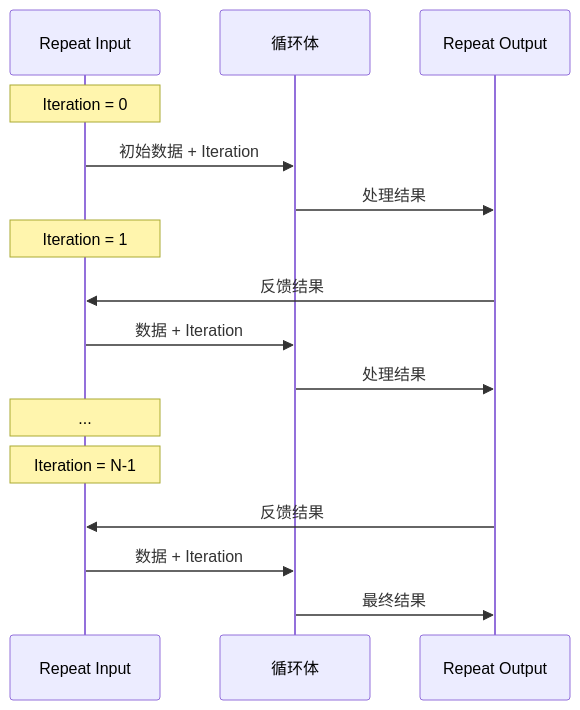
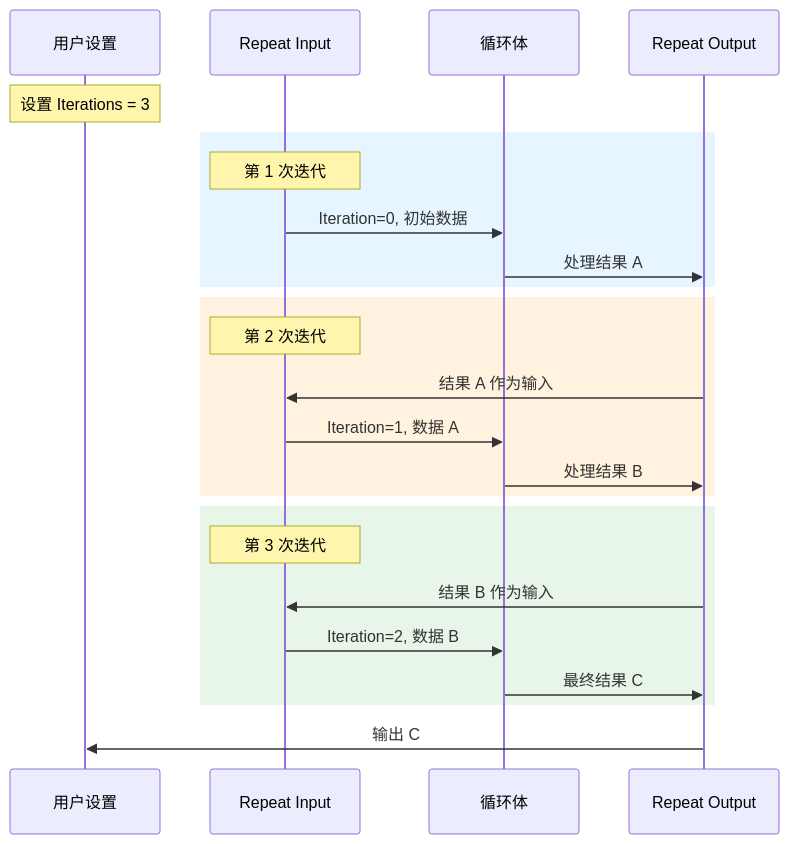
One commit to yunkezengren/blender-.vscode changed the second of 2 diagrams in 杂/markdown/学习节点/RepeatZone/01_RepeatZone_Overview.md. Above: the diagram before and after it, drawn with Mermaid. The commit also changed other lines of this file and 6 other files, not shown here.

````diff
--- a/杂/markdown/学习节点/RepeatZone/01_RepeatZone_Overview.md
+++ b/杂/markdown/学习节点/RepeatZone/01_RepeatZone_Overview.md
@@ -89,22 +165,31 @@
 ```mermaid
 sequenceDiagram
+    participant User as 用户设置
     participant Input as Repeat Input
     participant Body as 循环体
     participant Output as Repeat Output
     
-    Note over Input: Iteration = 0
-    Input->>Body: 初始数据 + Iteration
-    Body->>Output: 处理结果
+    Note over User: 设置 Iterations = 3
     
-    Note over Input: Iteration = 1
-    Output->>Input: 反馈结果
-    Input->>Body: 数据 + Iteration
-    Body->>Output: 处理结果
+    rect rgb(230, 245, 255)
+        Note over Input: 第 1 次迭代
+        Input->>Body: Iteration=0, 初始数据
+        Body->>Output: 处理结果 A
+    end
     
-    Note over Input: ...
+    rect rgb(255, 243, 224)
+        Note over Input: 第 2 次迭代
+        Output->>Input: 结果 A 作为输入
+        Input->>Body: Iteration=1, 数据 A
+        Body->>Output: 处理结果 B
+    end
     
-    Note over Input: Iteration = N-1
-    Output->>Input: 反馈结果
-    Input->>Body: 数据 + Iteration
-    Body->>Output: 最终结果
+    rect rgb(232, 245, 233)
+        Note over Input: 第 3 次迭代
+        Output->>Input: 结果 B 作为输入
+        Input->>Body: Iteration=2, 数据 B
+        Body->>Output: 最终结果 C
+    end
+    
+    Output->>User: 输出 C
 ```
````
